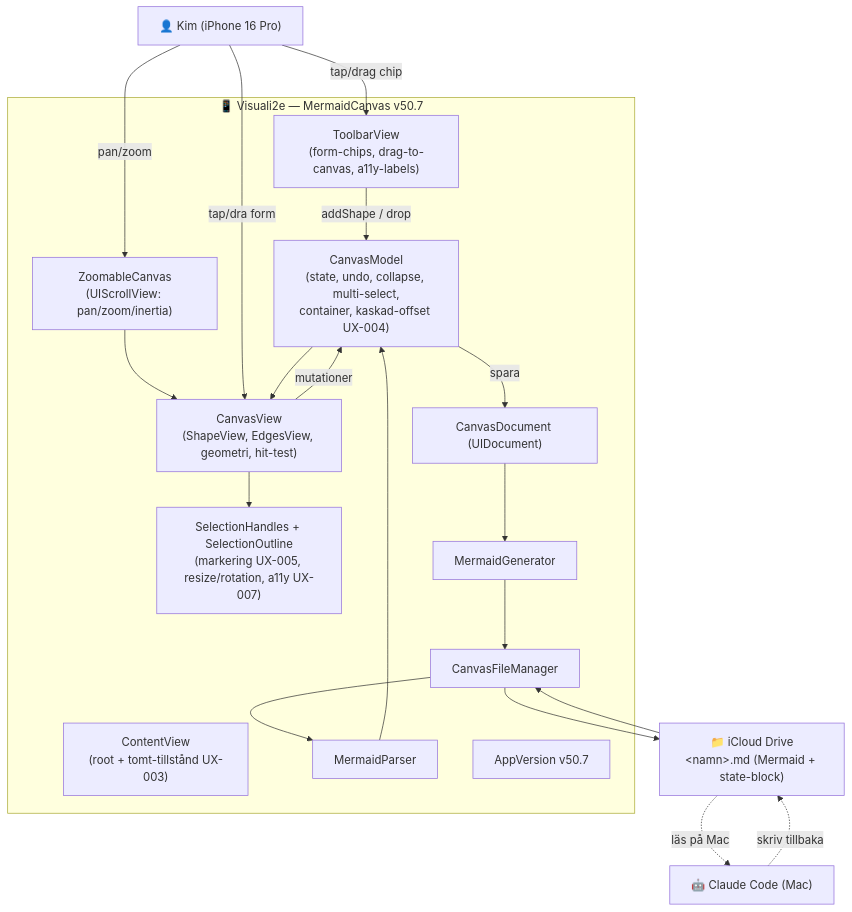
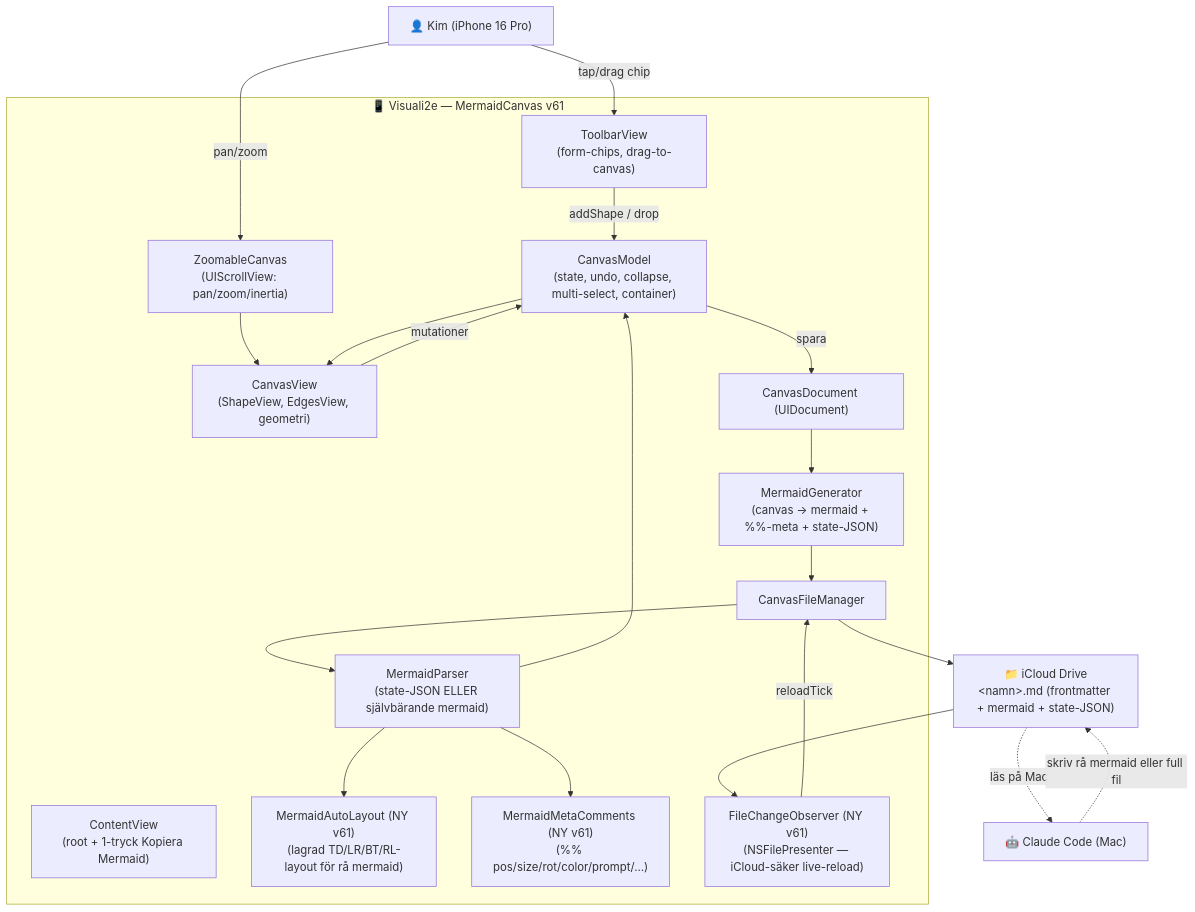
The diagram in ARKITEKTUR-MERMAID.md (kim0scar/MermaidCanvas), drawn with Mermaid before and after one commit. The commit also changed other lines of this file and 4 other files, not shown here.

Commit message:
v61: ren mermaid i backend — auto-layout för rå Claude-mermaid, självbärande mermaid-block, iCloud-säker live-reload, 1-tryck kopiera, n8n-kontrakt

````diff
--- a/ARKITEKTUR-MERMAID.md
+++ b/ARKITEKTUR-MERMAID.md
@@ -58,39 +69,41 @@
 ```mermaid
 flowchart TD
     Kim["👤 Kim (iPhone 16 Pro)"]
     Claude["🤖 Claude Code (Mac)"]
 
-    subgraph App["📱 Visuali2e — MermaidCanvas v50.7"]
-        ContentView["ContentView<br/>(root + tomt-tillstånd UX-003)"]
-        ToolbarView["ToolbarView<br/>(form-chips, drag-to-canvas, a11y-labels)"]
+    subgraph App["📱 Visuali2e — MermaidCanvas v61"]
+        ContentView["ContentView<br/>(root + 1-tryck Kopiera Mermaid)"]
+        ToolbarView["ToolbarView<br/>(form-chips, drag-to-canvas)"]
         ZoomableCanvas["ZoomableCanvas<br/>(UIScrollView: pan/zoom/inertia)"]
-        CanvasView["CanvasView<br/>(ShapeView, EdgesView, geometri, hit-test)"]
-        SelectionHandles["SelectionHandles + SelectionOutline<br/>(markering UX-005, resize/rotation, a11y UX-007)"]
-        CanvasModel["CanvasModel<br/>(state, undo, collapse, multi-select,<br/>container, kaskad-offset UX-004)"]
-        MermaidGenerator
-        MermaidParser
+        CanvasView["CanvasView<br/>(ShapeView, EdgesView, geometri)"]
+        CanvasModel["CanvasModel<br/>(state, undo, collapse, multi-select, container)"]
+        MermaidGenerator["MermaidGenerator<br/>(canvas → mermaid + %%-meta + state-JSON)"]
+        MermaidParser["MermaidParser<br/>(state-JSON ELLER självbärande mermaid)"]
+        MermaidAutoLayout["MermaidAutoLayout (NY v61)<br/>(lagrad TD/LR/BT/RL-layout för rå mermaid)"]
+        MermaidMetaComments["MermaidMetaComments (NY v61)<br/>(%% pos/size/rot/color/prompt/…)"]
         CanvasDocument["CanvasDocument (UIDocument)"]
-        CanvasFileManager
-        AppVersion["AppVersion v50.7"]
+        CanvasFileManager["CanvasFileManager"]
+        FileChangeObserver["FileChangeObserver (NY v61)<br/>(NSFilePresenter — iCloud-säker live-reload)"]
     end
 
-    iCloud["📁 iCloud Drive<br/>&lt;namn&gt;.md (Mermaid + state-block)"]
+    iCloud["📁 iCloud Drive<br/>&lt;namn&gt;.md (frontmatter + mermaid + state-JSON)"]
 
     Kim -->|tap/drag chip| ToolbarView
     ToolbarView -->|addShape / drop| CanvasModel
     Kim -->|pan/zoom| ZoomableCanvas
     ZoomableCanvas --> CanvasView
-    Kim -->|tap/dra form| CanvasView
     CanvasView -->|mutationer| CanvasModel
     CanvasModel --> CanvasView
-    CanvasView --> SelectionHandles
     CanvasModel -->|spara| CanvasDocument
     CanvasDocument --> MermaidGenerator
     MermaidGenerator --> CanvasFileManager
     CanvasFileManager --> iCloud
-    iCloud --> CanvasFileManager
+    iCloud --> FileChangeObserver
+    FileChangeObserver -->|reloadTick| CanvasFileManager
     CanvasFileManager --> MermaidParser
+    MermaidParser --> MermaidMetaComments
+    MermaidParser --> MermaidAutoLayout
     MermaidParser --> CanvasModel
     iCloud -.->|läs på Mac| Claude
-    Claude -.->|skriv tillbaka| iCloud
+    Claude -.->|skriv rå mermaid eller full fil| iCloud
 ```
````
